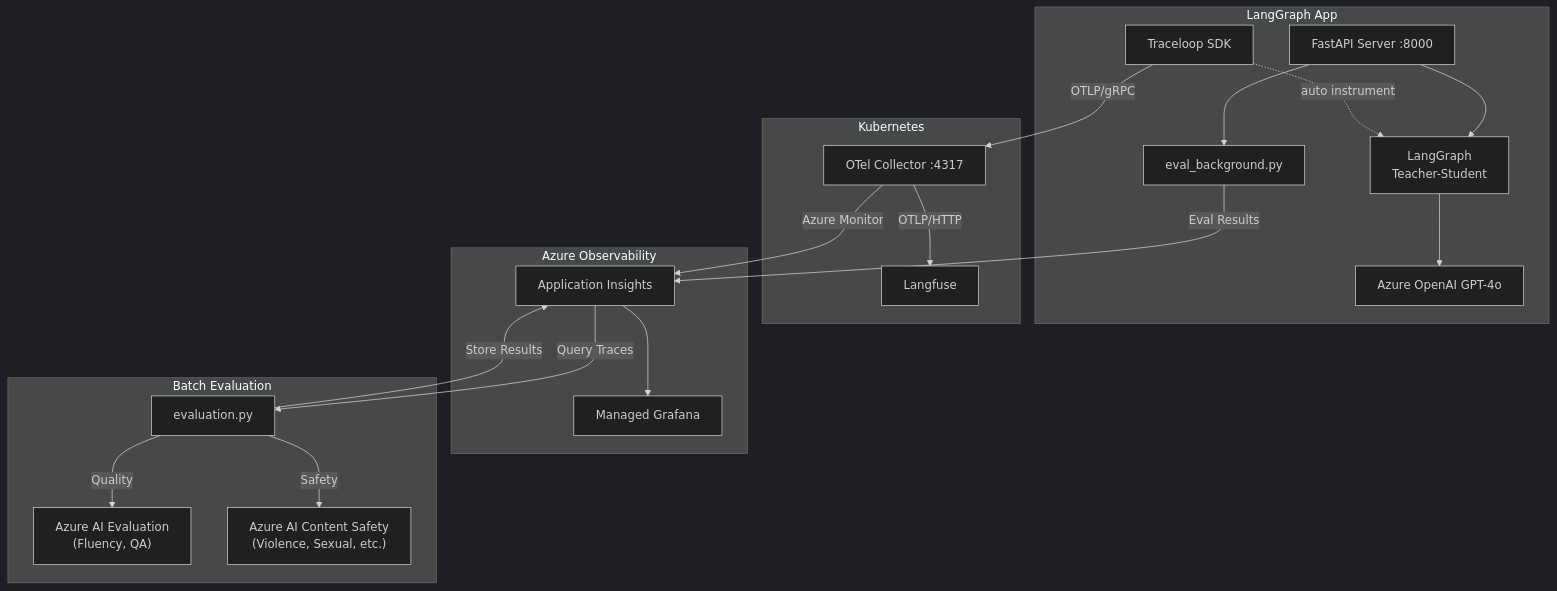
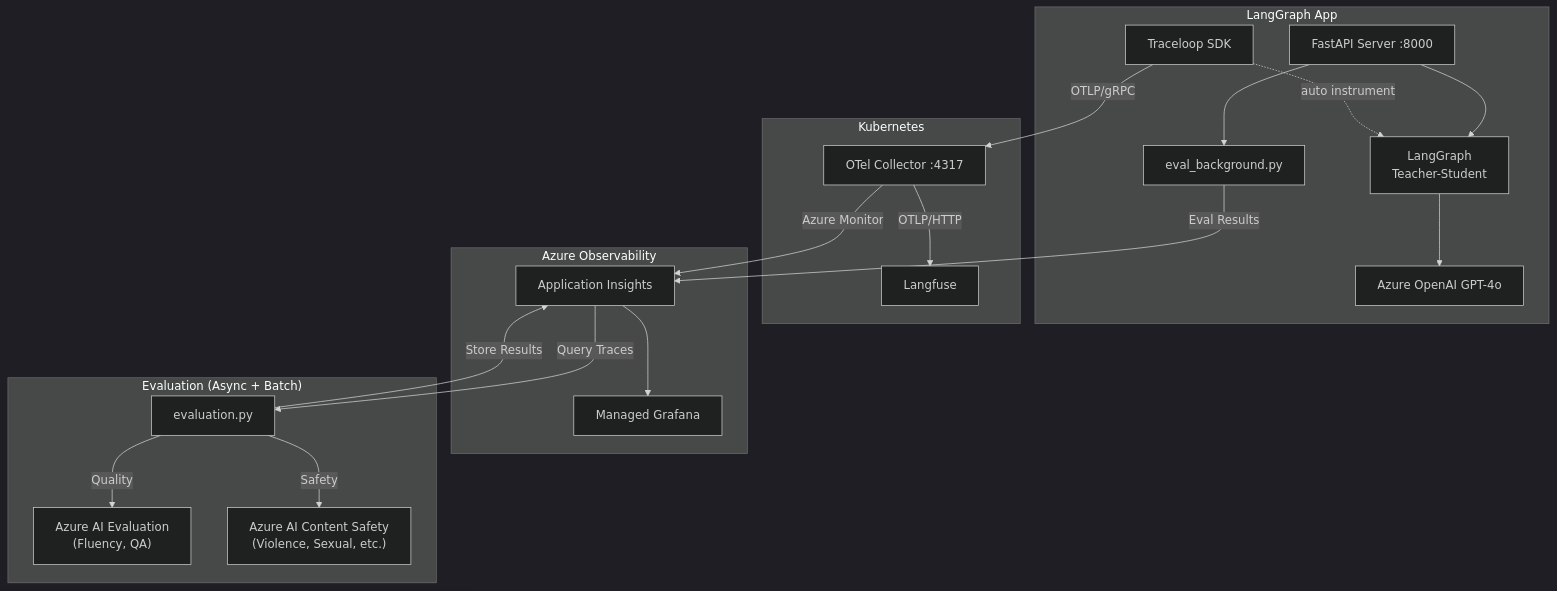
One commit to daeungo1/enterprise-agent-observability changed the diagram in DECK.md. Above: the diagram before and after it, drawn with Mermaid (dark theme). The commit also changed 2 other files, not shown here.

Commit message:
docs: Evaluation 라벨을 Async + Batch로 수정 (Async가 기본, Batch는 선택적)

````diff
--- a/DECK.md
+++ b/DECK.md
@@ -129,41 +129,41 @@
 ```mermaid
 flowchart TB
     subgraph App["LangGraph App"]
         FastAPI["FastAPI Server :8000"]
         LangGraph["LangGraph<br/>Teacher-Student"]
         Traceloop["Traceloop SDK"]
         BGEval["eval_background.py"]
         AzureOAI["Azure OpenAI GPT-4o"]
 
         FastAPI --> LangGraph
         LangGraph --> AzureOAI
         Traceloop -.->|auto instrument| LangGraph
         FastAPI --> BGEval
     end
 
     subgraph K8s["Kubernetes"]
         OTelCollector["OTel Collector :4317"]
         Langfuse["Langfuse"]
     end
 
     subgraph Observability["Azure Observability"]
         AppInsights["Application Insights"]
         Grafana["Managed Grafana"]
     end
 
-    subgraph Evaluation["Batch Evaluation"]
+    subgraph Evaluation["Evaluation (Async + Batch)"]
         EvalScript["evaluation.py"]
         AIEval["Azure AI Evaluation<br/>(Fluency, QA)"]
         ContentSafety["Azure AI Content Safety<br/>(Violence, Sexual, etc.)"]
     end
 
     Traceloop -->|OTLP/gRPC| OTelCollector
     OTelCollector -->|OTLP/HTTP| Langfuse
     OTelCollector -->|Azure Monitor| AppInsights
     BGEval -->|Eval Results| AppInsights
     AppInsights --> Grafana
     AppInsights -->|Query Traces| EvalScript
     EvalScript -->|Quality| AIEval
     EvalScript -->|Safety| ContentSafety
     EvalScript -->|Store Results| AppInsights
 ```
````
